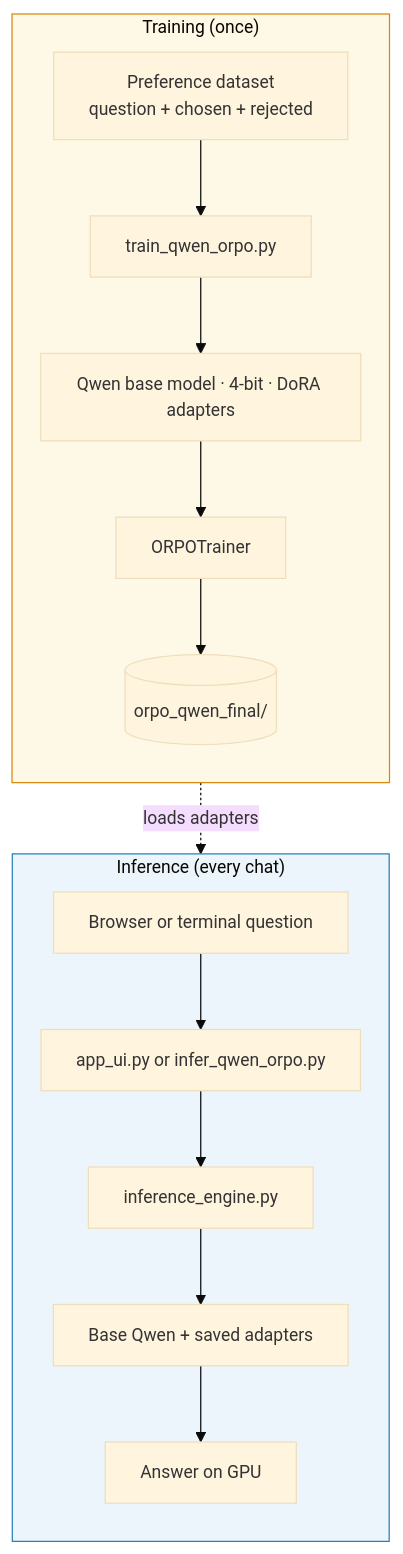
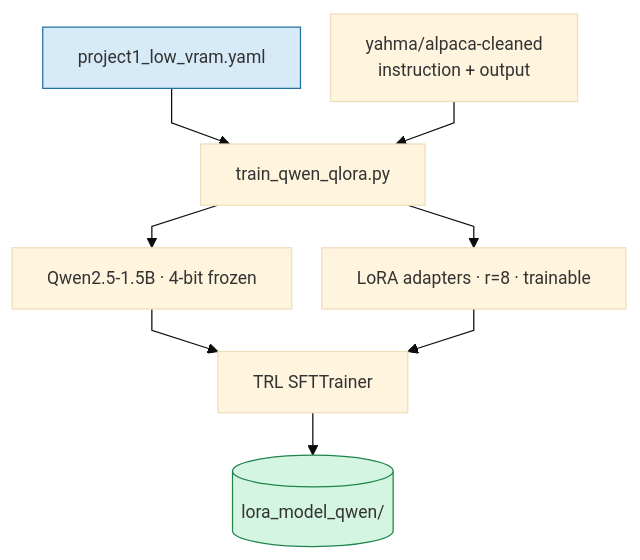
The first of 3 diagrams in posts/modern-llm-finetuning-lab/index.qmd (sophalchan/sophalchan.github.io), drawn with Mermaid before and after one commit. The commit also changed other lines of this file and 1 other file, not shown here.

First line of the commit message:
Expand LLM fine-tuning portfolio article with background and Project 1 architecture.

````diff
--- a/posts/modern-llm-finetuning-lab/index.qmd
+++ b/posts/modern-llm-finetuning-lab/index.qmd
@@ -110,32 +189,26 @@
 ```{mermaid}
 %%{init: {
   "theme": "base",
-  "themeVariables": { "fontSize": "14px", "fontFamily": "Segoe UI, system-ui, sans-serif" },
-  "flowchart": { "curve": "linear", "padding": 14, "nodeSpacing": 26, "rankSpacing": 36 }
+  "themeVariables": { "fontSize": "14px" },
+  "flowchart": { "curve": "linear", "padding": 14, "nodeSpacing": 24, "rankSpacing": 34 }
 }}%%
 flowchart TB
-    subgraph TRAIN["Training (once)"]
-        direction TB
-        T1["Preference dataset<br/>question + chosen + rejected"]
-        T2["train_qwen_orpo.py"]
-        T3["Qwen base model · 4-bit · DoRA adapters"]
-        T4["ORPOTrainer"]
-        T5[("orpo_qwen_final/")]
-        T1 --> T2 --> T3 --> T4 --> T5
-    end
+    C["project1_low_vram.yaml"]
+    T["train_qwen_qlora.py"]
+    D["yahma/alpaca-cleaned<br/>instruction + output"]
+    M["Qwen2.5-1.5B · 4-bit frozen"]
+    L["LoRA adapters · r=8 · trainable"]
+    S["TRL SFTTrainer"]
+    O[("lora_model_qwen/")]
 
-    subgraph INFER["Inference (every chat)"]
-        direction TB
-        I1["Browser or terminal question"]
-        I2["app_ui.py or infer_qwen_orpo.py"]
-        I3["inference_engine.py"]
-        I4["Base Qwen + saved adapters"]
-        I5["Answer on GPU"]
-        I1 --> I2 --> I3 --> I4 --> I5
-    end
+    C --> T
+    D --> T
+    T --> M
+    T --> L
+    M --> S
+    L --> S
+    S --> O
 
-    T5 -.->|loads adapters| I4
-
-    style TRAIN fill:#fef9e7,stroke:#d68910
-    style INFER fill:#ebf5fb,stroke:#2980b9
+    style C fill:#d6eaf8,stroke:#2471a3
+    style O fill:#d5f5e3,stroke:#1e8449
 ```
````
